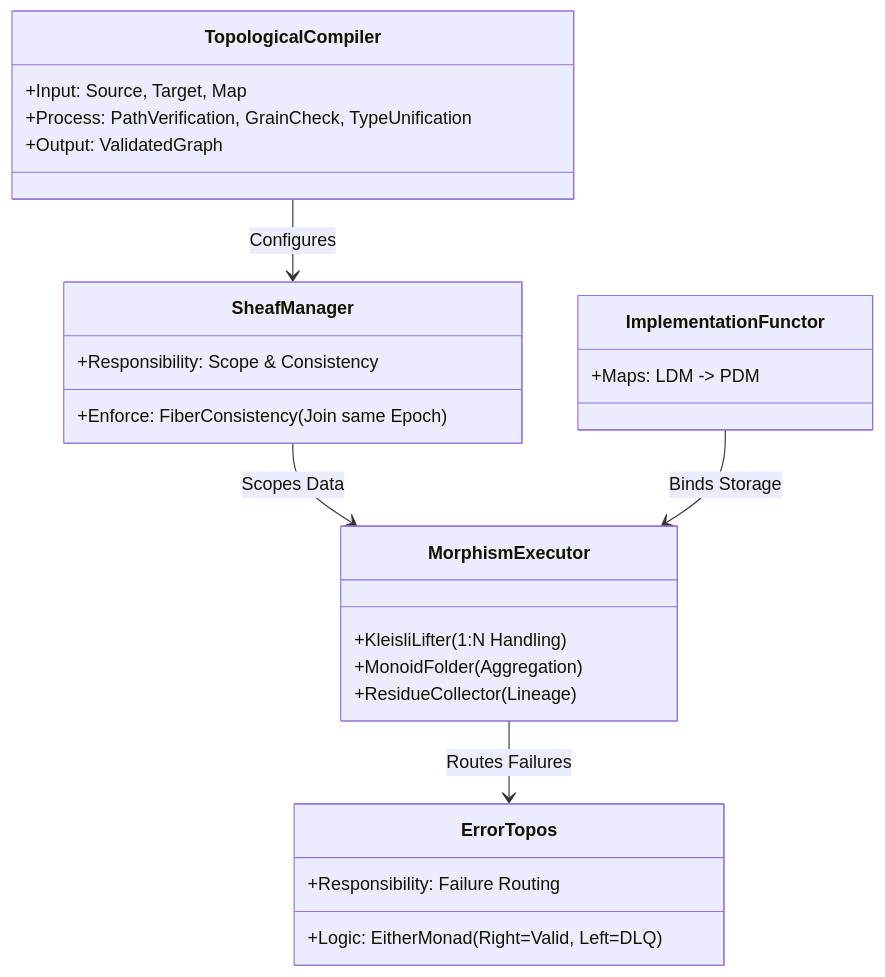
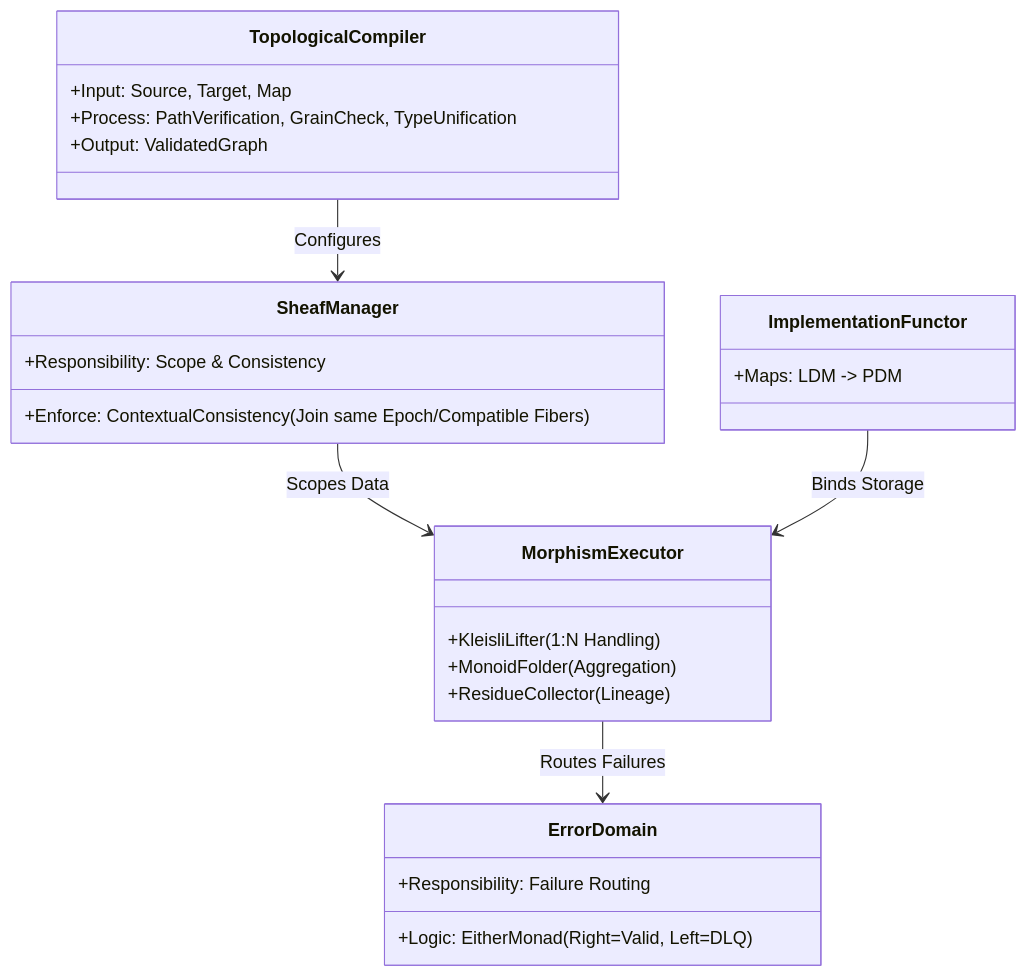
One commit to foolishimp/AI_SDLC_Context changed the second of 4 diagrams in examples/local_projects/data_mapper.test02/mapper_requirements.md. Above: the diagram before and after it, drawn with Mermaid. The commit also changed other lines of this file, not shown here.

````diff
--- a/examples/local_projects/data_mapper.test02/mapper_requirements.md
+++ b/examples/local_projects/data_mapper.test02/mapper_requirements.md
@@ -109,33 +129,33 @@
 ```mermaid
 classDiagram
     class TopologicalCompiler {
         +Input: Source, Target, Map
         +Process: PathVerification, GrainCheck, TypeUnification
         +Output: ValidatedGraph
     }
 
     class SheafManager {
         +Responsibility: Scope & Consistency
-        +Enforce: FiberConsistency (Join same Epoch)
+        +Enforce: ContextualConsistency (Join same Epoch/Compatible Fibers)
     }
 
     class MorphismExecutor {
         +KleisliLifter (1:N Handling)
         +MonoidFolder (Aggregation)
         +ResidueCollector (Lineage)
     }
     
-    class ErrorTopos {
+    class ErrorDomain {
         +Responsibility: Failure Routing
         +Logic: EitherMonad (Right=Valid, Left=DLQ)
     }
 
     class ImplementationFunctor {
         +Maps: LDM -> PDM
     }
 
     TopologicalCompiler --> SheafManager : Configures
     SheafManager --> MorphismExecutor : Scopes Data
-    MorphismExecutor --> ErrorTopos : Routes Failures
+    MorphismExecutor --> ErrorDomain : Routes Failures
     ImplementationFunctor --> MorphismExecutor : Binds Storage
 ```
````
